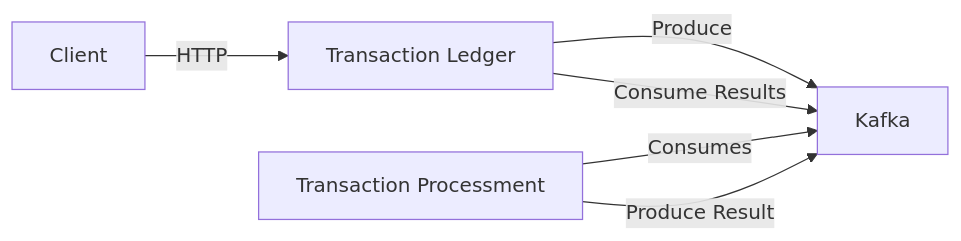
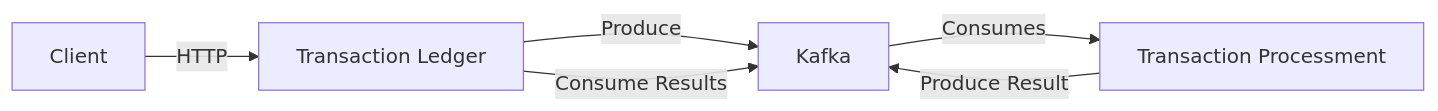
Before and after one commit to NathanGdS/transaction-hub: the diagram in README.md, drawn with Mermaid.

````diff
--- a/README.md
+++ b/README.md
@@ -18,8 +18,8 @@
 ```mermaid
 graph LR
     Client --> |HTTP| TL[Transaction Ledger]
     TL --> |Produce| Kafka
-    TP[Transaction Processment] --> |Consumes| Kafka
+    Kafka --> |Consumes| TP[Transaction Processment]
     TP --> |Produce Result| Kafka
     TL --> |Consume Results| Kafka
 ```
````
